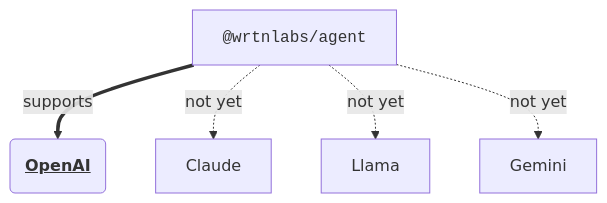
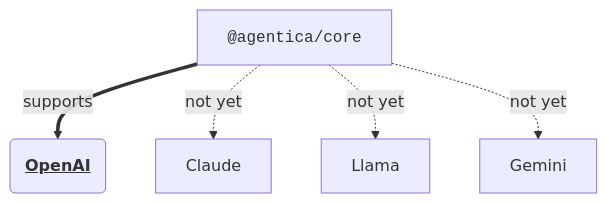
Before and after one commit to wrtnlabs/agentica: the diagram in README.md, drawn with Mermaid. The commit also changed other lines of this file and 198 other files, not shown here.

````diff
--- a/README.md
+++ b/README.md
@@ -630,12 +99,12 @@
 ```mermaid
 flowchart
-Agent["<code>@wrtnlabs/agent</code>"]
+Agent["<code>@agentica/core</code>"]
 OpenAI("<b><u>OpenAI</u></b>")
 Claude
 Llama
 Gemini
 Agent==supports==>OpenAI
 Agent-.not yet.->Claude
 Agent-.not yet.->Llama
 Agent-.not yet.->Gemini
 ```
````
